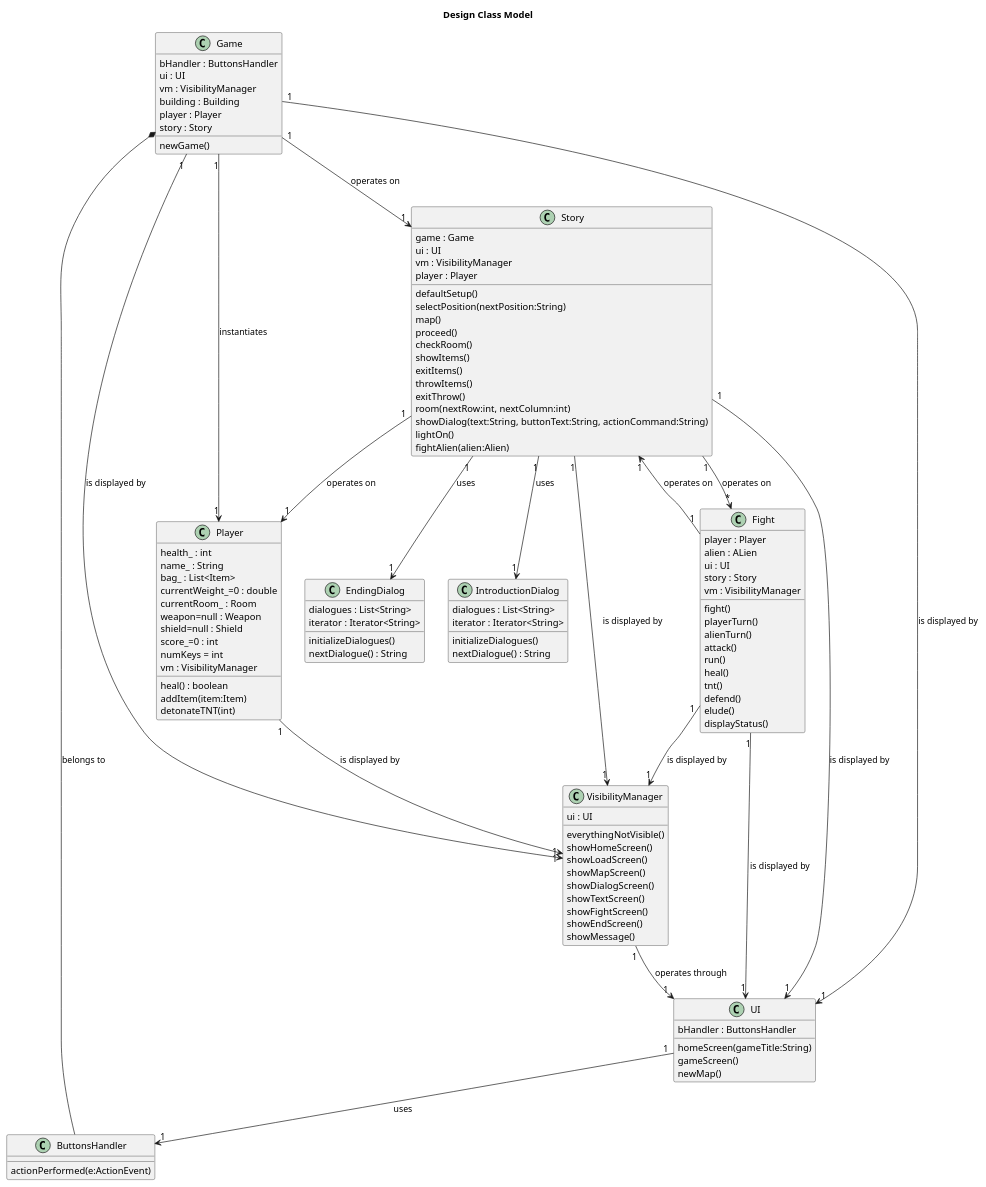
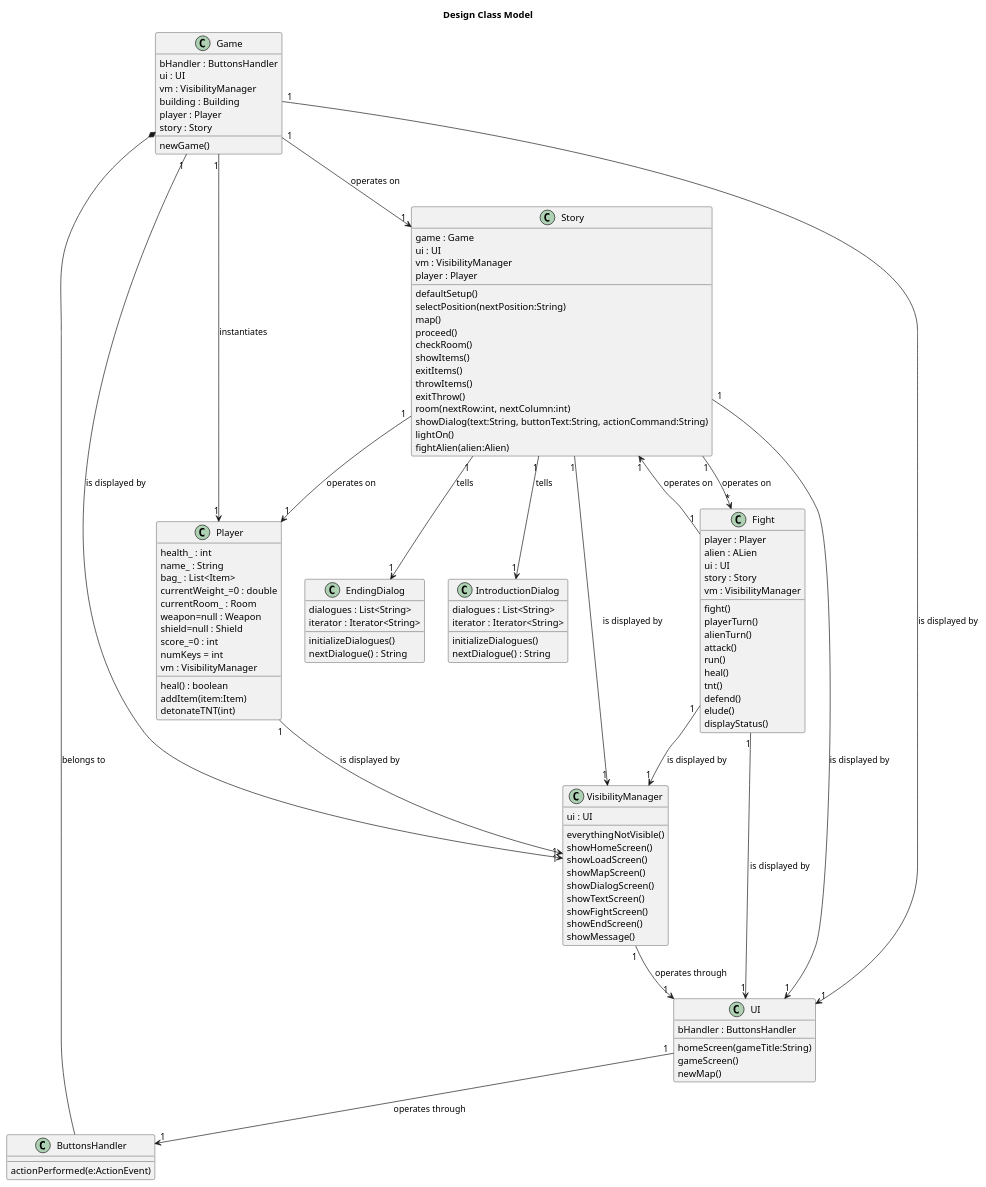
Before and after one commit to EDIDS/EDIDS_Proj: the diagram in src/main/java/com/extraction/uml/uml diagrams/Design-Class-Model-Graphics.puml, drawn with PlantUML. The commit also changed 12 other files, not shown here.

Commit message:
Almost finished diagrams.

```diff
--- a/src/main/java/com/extraction/uml/uml diagrams/Design-Class-Model-Graphics.puml
+++ b/src/main/java/com/extraction/uml/uml diagrams/Design-Class-Model-Graphics.puml
@@ -1,131 +1,131 @@
 @startuml
 'https://plantuml.com/class-diagram
 
 
 title Design Class Model
 
 class Game {
     bHandler : ButtonsHandler
     ui : UI
     vm : VisibilityManager
     building : Building
     player : Player
     story : Story
     newGame()
 }
 
 class ButtonsHandler {
     actionPerformed(e:ActionEvent)
 }
 
 class Story {
     game : Game
     ui : UI
     vm : VisibilityManager
     player : Player
     defaultSetup()
     selectPosition(nextPosition:String)
     map()
     proceed()
     checkRoom()
     showItems()
     exitItems()
     throwItems()
     exitThrow()
     room(nextRow:int, nextColumn:int)
     showDialog(text:String, buttonText:String, actionCommand:String)
     lightOn()
     fightAlien(alien:Alien)
 }
 
 class EndingDialog {
     dialogues : List<String>
     iterator : Iterator<String>
     initializeDialogues()
     nextDialogue() : String
 }
 
 class IntroductionDialog {
     dialogues : List<String>
     iterator : Iterator<String>
     initializeDialogues()
     nextDialogue() : String
 }
 
 class UI {
     bHandler : ButtonsHandler
     homeScreen(gameTitle:String)
     gameScreen()
     newMap()
 }
 
 class VisibilityManager {
     ui : UI
     everythingNotVisible()
     showHomeScreen()
     showLoadScreen()
     showMapScreen()
     showDialogScreen()
     showTextScreen()
     showFightScreen()
     showEndScreen()
     showMessage()
 }
 
 class Fight {
     player : Player
     alien : ALien
     ui : UI
     story : Story
     vm : VisibilityManager
     fight()
     playerTurn()
     alienTurn()
     attack()
     run()
     heal()
     tnt()
     defend()
     elude()
     displayStatus()
 }
 
 class Player {
     health_ : int
     name_ : String
     bag_ : List<Item>
     currentWeight_=0 : double
     currentRoom_ : Room
     weapon=null : Weapon
     shield=null : Shield
     score_=0 : int
     numKeys = int
     vm : VisibilityManager
     heal() : boolean
     addItem(item:Item)
     detonateTNT(int)
 }
 
 Fight"1" --> "1"UI : is displayed by
 Fight"1" --> "1"Story : operates on
 Fight"1" --> "1"VisibilityManager : is displayed by
 
 Player"1" --> "1"VisibilityManager : is displayed by
 
 Game *-- ButtonsHandler : belongs to
 Game"1" --> "1"UI : is displayed by
 Game"1" --> "1"VisibilityManager : is displayed by
 Game"1" --> "1"Player : instantiates
 Game"1" --> "1"Story : operates on
 
 VisibilityManager"1" --> "1"UI : operates through
-UI"1" --> "1"ButtonsHandler : uses
+UI"1" --> "1"ButtonsHandler : operates through
 
-Story"1" --> "1"IntroductionDialog : uses
-Story"1" --> "1"EndingDialog : uses
+Story"1" --> "1"IntroductionDialog : tells
+Story"1" --> "1"EndingDialog : tells
 Story"1" --> "1"VisibilityManager : is displayed by
 Story"1" --> "1"UI : is displayed by
 Story"1" --> "1"Player : operates on
 Story"1" --> "*"Fight : operates on
 
 @enduml
```
